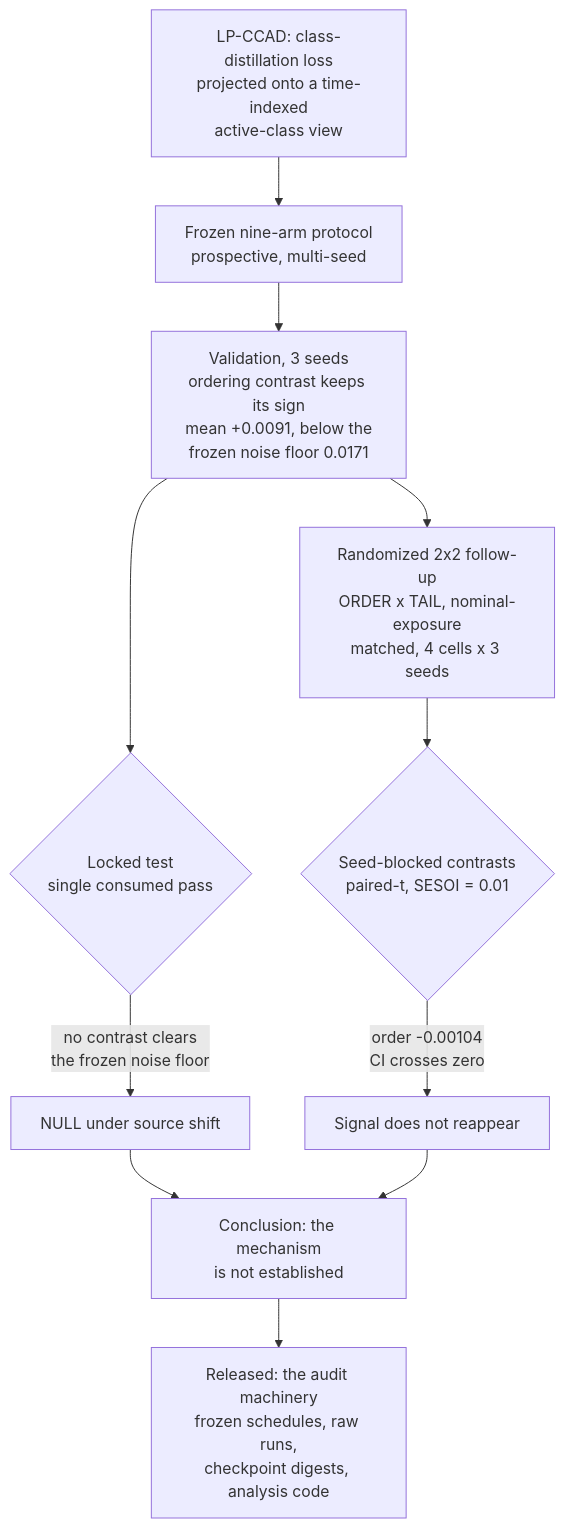
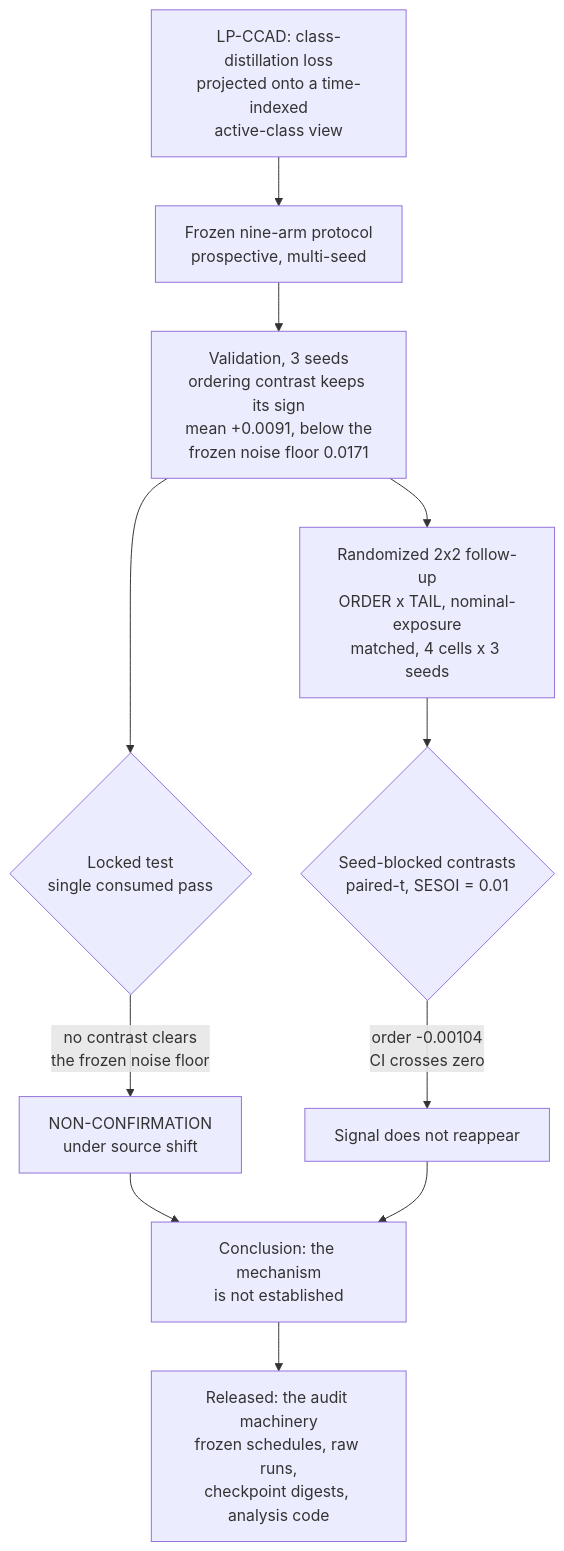
The diagram in README.md (eeliwuei/lp-ccad-audit), drawn with Mermaid before and after one commit. The commit also changed 10 other files, not shown here.

````diff
--- a/README.md
+++ b/README.md
@@ -14,13 +14,13 @@
 ```mermaid
 flowchart TD
     A["LP-CCAD: class-distillation loss<br/>projected onto a time-indexed<br/>active-class view"] --> B["Frozen nine-arm protocol<br/>prospective, multi-seed"]
     B --> C["Validation, 3 seeds<br/>ordering contrast keeps its sign<br/>mean +0.0091, below the<br/>frozen noise floor 0.0171"]
     C --> D{"Locked test<br/>single consumed pass"}
-    D -->|"no contrast clears<br/>the frozen noise floor"| E["NULL under source shift"]
+    D -->|"no contrast clears<br/>the frozen noise floor"| E["NON-CONFIRMATION<br/>under source shift"]
     C --> F["Randomized 2x2 follow-up<br/>ORDER x TAIL, nominal-exposure<br/>matched, 4 cells x 3 seeds"]
     F --> G{"Seed-blocked contrasts<br/>paired-t, SESOI = 0.01"}
     G -->|"order -0.00104<br/>CI crosses zero"| H["Signal does not reappear"]
     E --> I["Conclusion: the mechanism<br/>is not established"]
     H --> I
     I --> J["Released: the audit machinery<br/>frozen schedules, raw runs,<br/>checkpoint digests, analysis code"]
 ```
````
